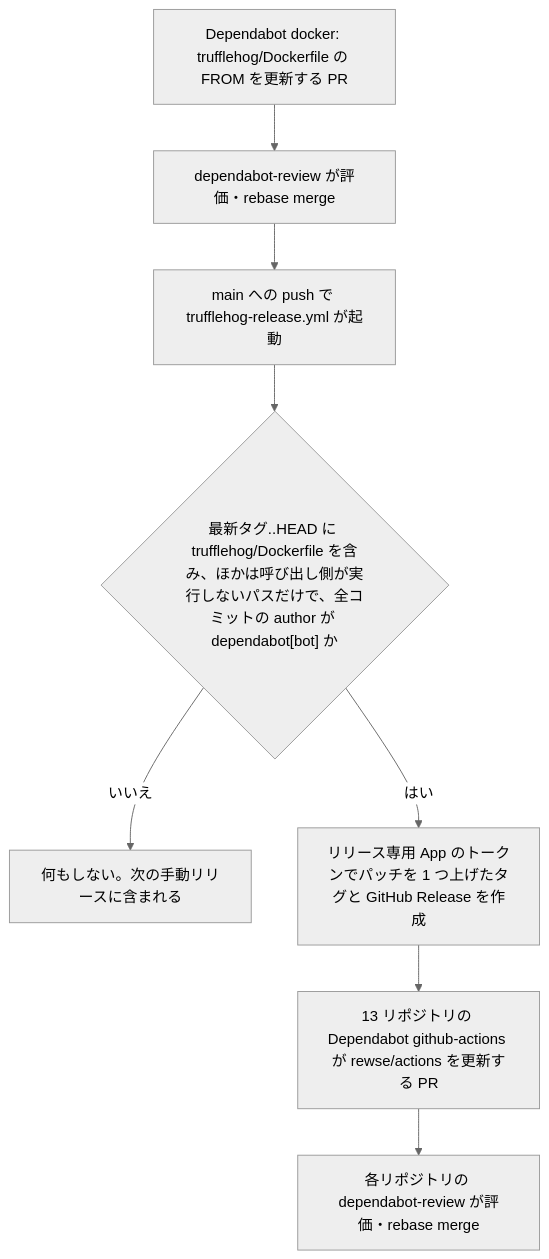
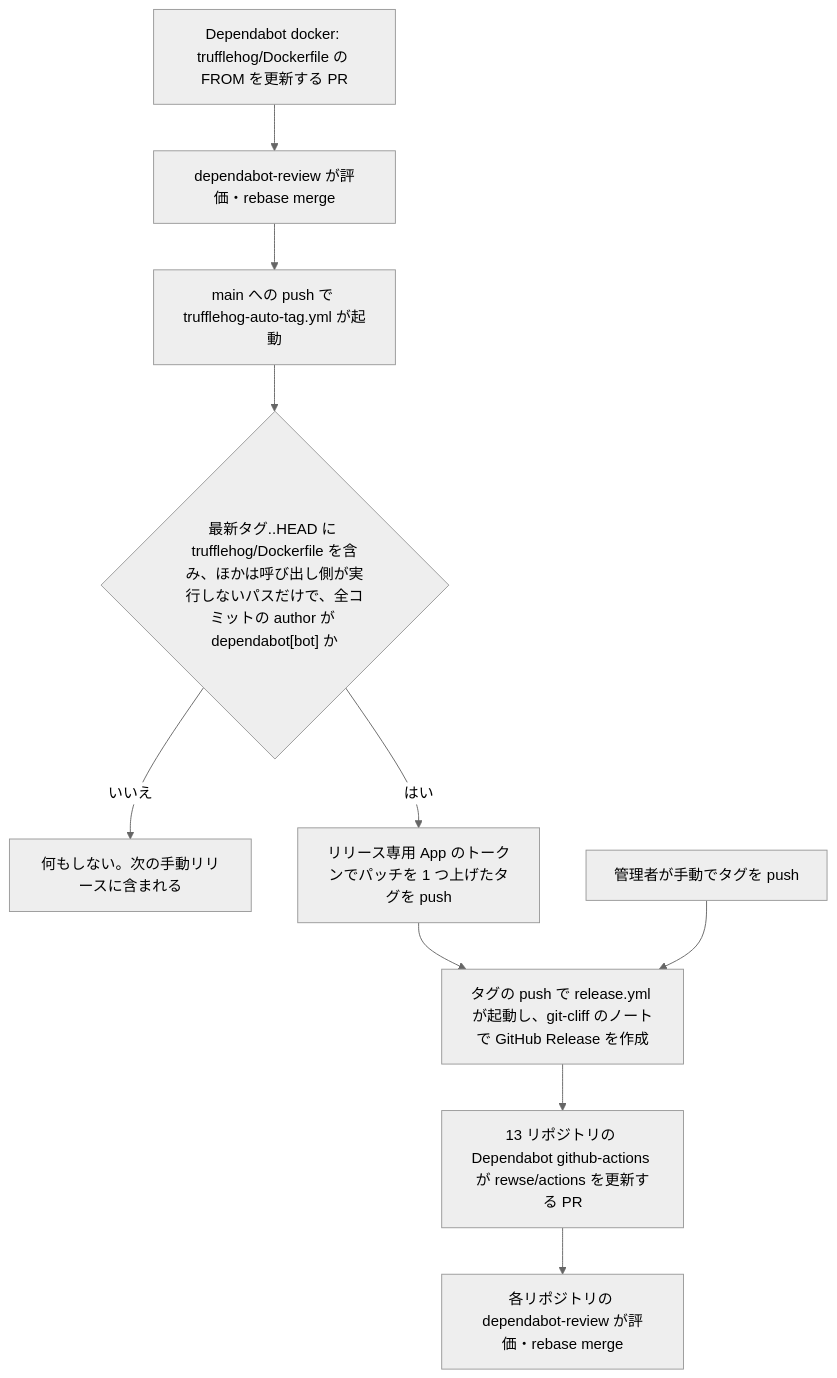
Before and after one commit to rewse/actions: the diagram in docs/superpowers/specs/2026-10-30-trufflehog-action-design.md, drawn with Mermaid (neutral theme). The commit also changed other lines of this file, not shown here.

Commit message:
docs: generate rewse/actions release notes with git-cliff

````diff
--- a/docs/superpowers/specs/2026-10-30-trufflehog-action-design.md
+++ b/docs/superpowers/specs/2026-10-30-trufflehog-action-design.md
@@ -57,10 +58,12 @@
 ```mermaid
 flowchart TD
   A[Dependabot docker: trufflehog/Dockerfile の FROM を更新する PR] --> B[dependabot-review が評価・rebase merge]
-  B --> C[main への push で trufflehog-release.yml が起動]
+  B --> C[main への push で trufflehog-auto-tag.yml が起動]
   C --> D{"最新タグ..HEAD に trufflehog/Dockerfile を含み、ほかは呼び出し側が実行しないパスだけで、全コミットの author が dependabot[bot] か"}
   D -->|いいえ| E[何もしない。次の手動リリースに含まれる]
-  D -->|はい| F[リリース専用 App のトークンでパッチを 1 つ上げたタグと GitHub Release を作成]
-  F --> G[13 リポジトリの Dependabot github-actions が rewse/actions を更新する PR]
+  D -->|はい| F[リリース専用 App のトークンでパッチを 1 つ上げたタグを push]
+  F --> R[タグの push で release.yml が起動し、git-cliff のノートで GitHub Release を作成]
+  M[管理者が手動でタグを push] --> R
+  R --> G[13 リポジトリの Dependabot github-actions が rewse/actions を更新する PR]
   G --> H[各リポジトリの dependabot-review が評価・rebase merge]
 ```
````
